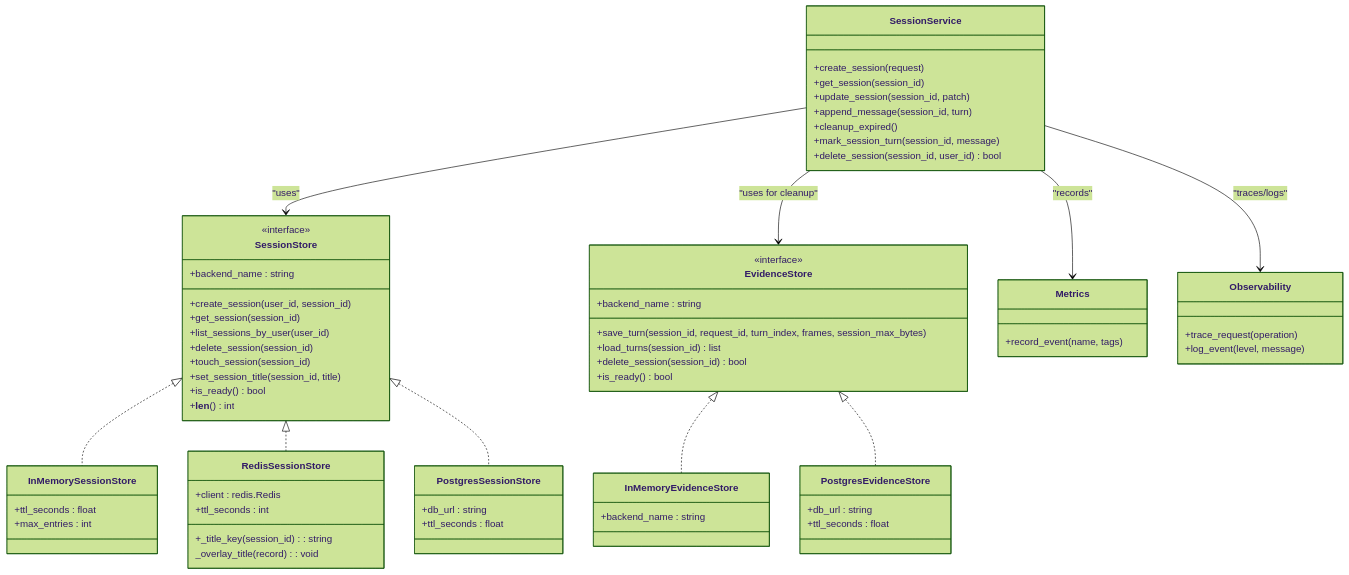
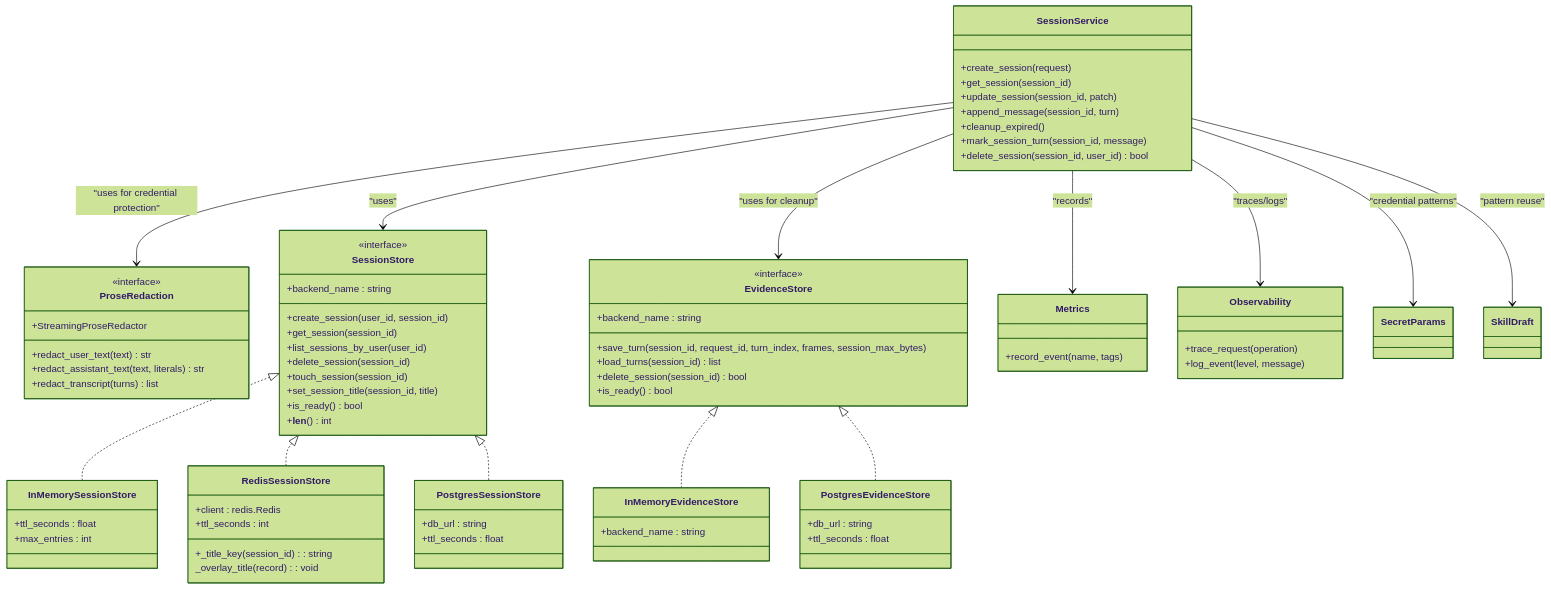
Before and after one commit to metasync/luban-aiops: the fifth of 5 diagrams in .qoder/repowiki/en/content/Agent Platform Service/Session Management and State Persistence.md, drawn with Mermaid (forest theme). The commit also changed other lines of this file and 47 other files, not shown here.

````diff
--- a/.qoder/repowiki/en/content/Agent Platform Service/Session Management and State Persistence.md
+++ b/.qoder/repowiki/en/content/Agent Platform Service/Session Management and State Persistence.md
@@ -431,69 +498,79 @@
 ```mermaid
 classDiagram
 class SessionService {
 +create_session(request)
 +get_session(session_id)
 +update_session(session_id, patch)
 +append_message(session_id, turn)
 +cleanup_expired()
 +mark_session_turn(session_id, message)
 +delete_session(session_id, user_id) bool
+}
+class ProseRedaction {
+<<interface>>
++redact_user_text(text) str
++redact_assistant_text(text, literals) str
++redact_transcript(turns) list
++StreamingProseRedactor
 }
 class EvidenceStore {
 <<interface>>
 +backend_name : string
 +save_turn(session_id, request_id, turn_index, frames, session_max_bytes)
 +load_turns(session_id) list
 +delete_session(session_id) bool
 +is_ready() bool
 }
 class SessionStore {
 <<interface>>
 +backend_name : string
 +create_session(user_id, session_id)
 +get_session(session_id)
 +list_sessions_by_user(user_id)
 +delete_session(session_id)
 +touch_session(session_id)
 +set_session_title(session_id, title)
 +is_ready() bool
 +__len__() int
 }
 class InMemorySessionStore {
 +ttl_seconds : float
 +max_entries : int
 }
 class RedisSessionStore {
 +client : redis.Redis
 +ttl_seconds : int
 +_title_key(session_id) : string
 _overlay_title(record) : void
 }
 class PostgresSessionStore {
 +db_url : string
 +ttl_seconds : float
 }
 class InMemoryEvidenceStore {
 +backend_name : string
 }
 class PostgresEvidenceStore {
 +db_url : string
 +ttl_seconds : float
 }
 class Metrics {
 +record_event(name, tags)
 }
 class Observability {
 +trace_request(operation)
 +log_event(level, message)
 }
+SessionService --> ProseRedaction : "uses for credential protection"
 SessionService --> SessionStore : "uses"
 SessionService --> EvidenceStore : "uses for cleanup"
+SessionService --> SecretParams : "credential patterns"
+SessionService --> SkillDraft : "pattern reuse"
 EvidenceStore <|.. InMemoryEvidenceStore
 EvidenceStore <|.. PostgresEvidenceStore
 SessionStore <|.. InMemorySessionStore
 SessionStore <|.. RedisSessionStore
 SessionStore <|.. PostgresSessionStore
 SessionService --> Metrics : "records"
 SessionService --> Observability : "traces/logs"
 ```
````
